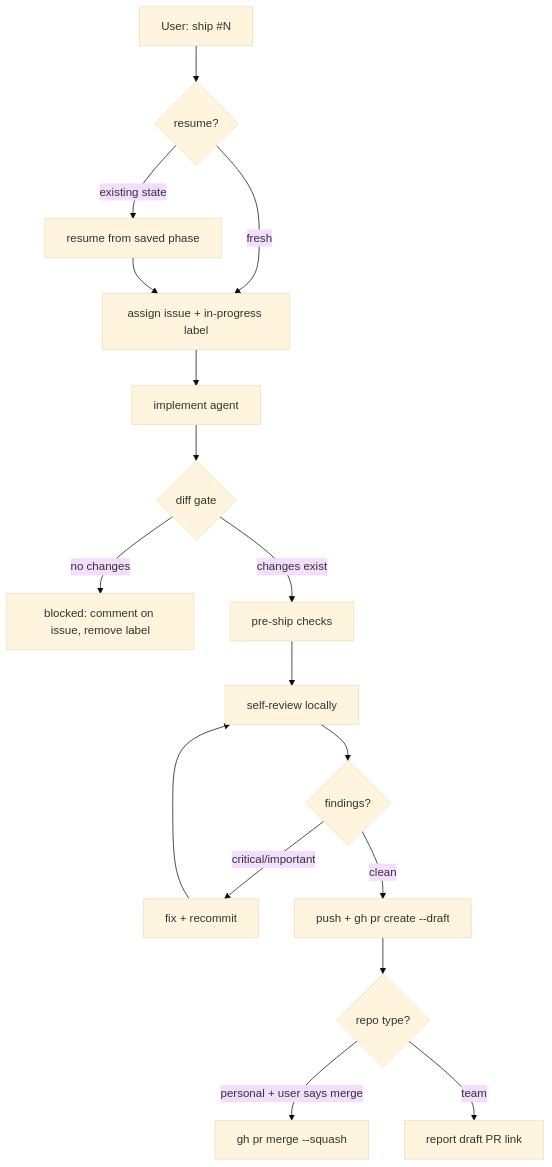
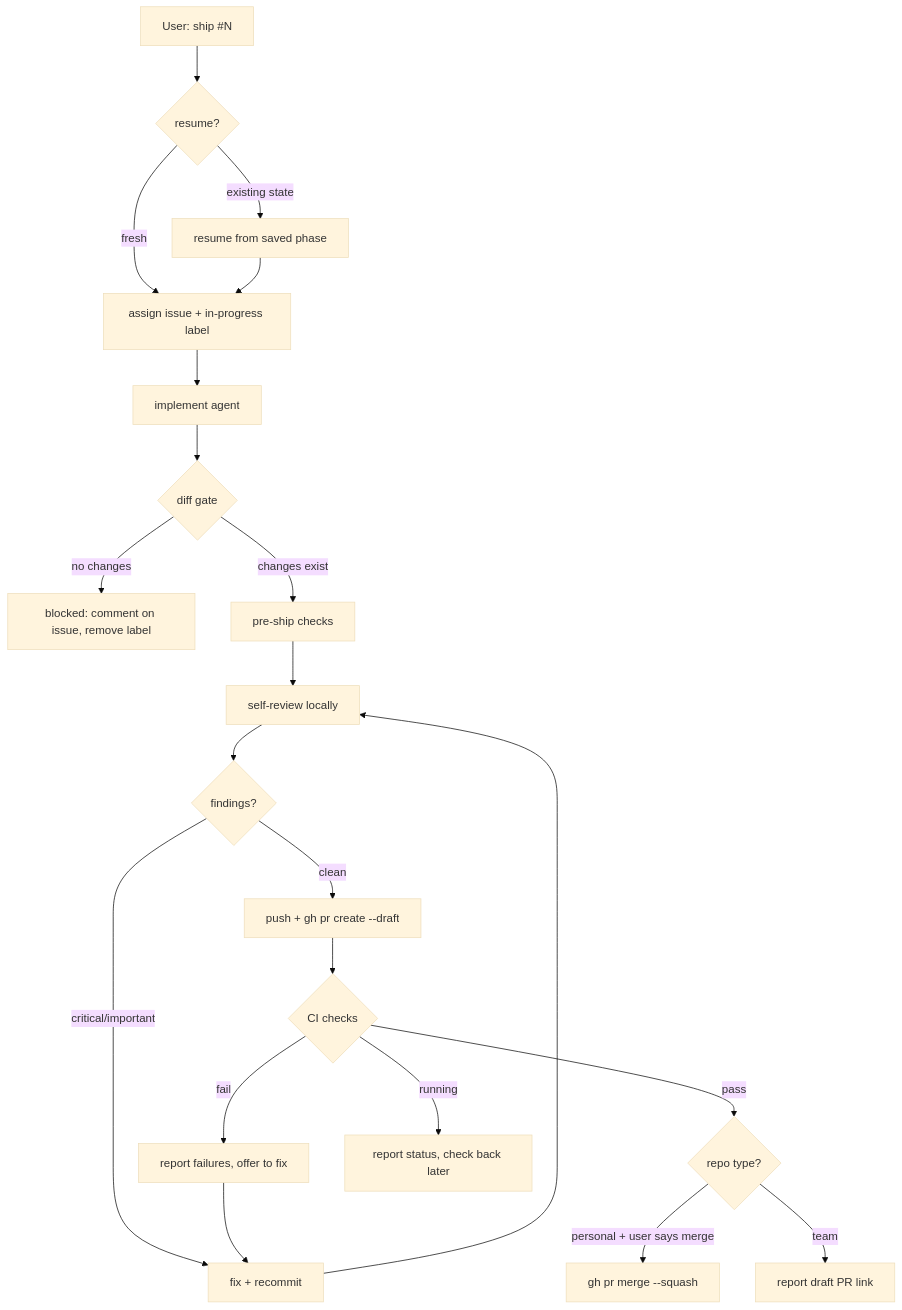
The third of 4 diagrams in README.md (jasonmadigan/clawdio), drawn with Mermaid (base theme) before and after one commit. The commit also changed 1 other file, not shown here.

Commit message:
ship: add CI check phase after PR creation, before reporting ready

````diff
--- a/README.md
+++ b/README.md
@@ -116,19 +116,23 @@
 ```mermaid
 graph TD
     A[User: ship #N] --> AA{resume?}
     AA -->|existing state| AB[resume from saved phase]
     AA -->|fresh| B[assign issue + in-progress label]
     AB --> B
     B --> C[implement agent]
     C --> D{diff gate}
     D -->|no changes| E[blocked: comment on issue, remove label]
     D -->|changes exist| F[pre-ship checks]
     F --> G[self-review locally]
     G --> H{findings?}
     H -->|critical/important| I[fix + recommit]
     I --> G
     H -->|clean| J[push + gh pr create --draft]
-    J --> K{repo type?}
-    K -->|personal + user says merge| L[gh pr merge --squash]
-    K -->|team| M[report draft PR link]
+    J --> K{CI checks}
+    K -->|pass| L{repo type?}
+    K -->|fail| N[report failures, offer to fix]
+    K -->|running| O[report status, check back later]
+    N --> I
+    L -->|personal + user says merge| P[gh pr merge --squash]
+    L -->|team| Q[report draft PR link]
 ```
````
